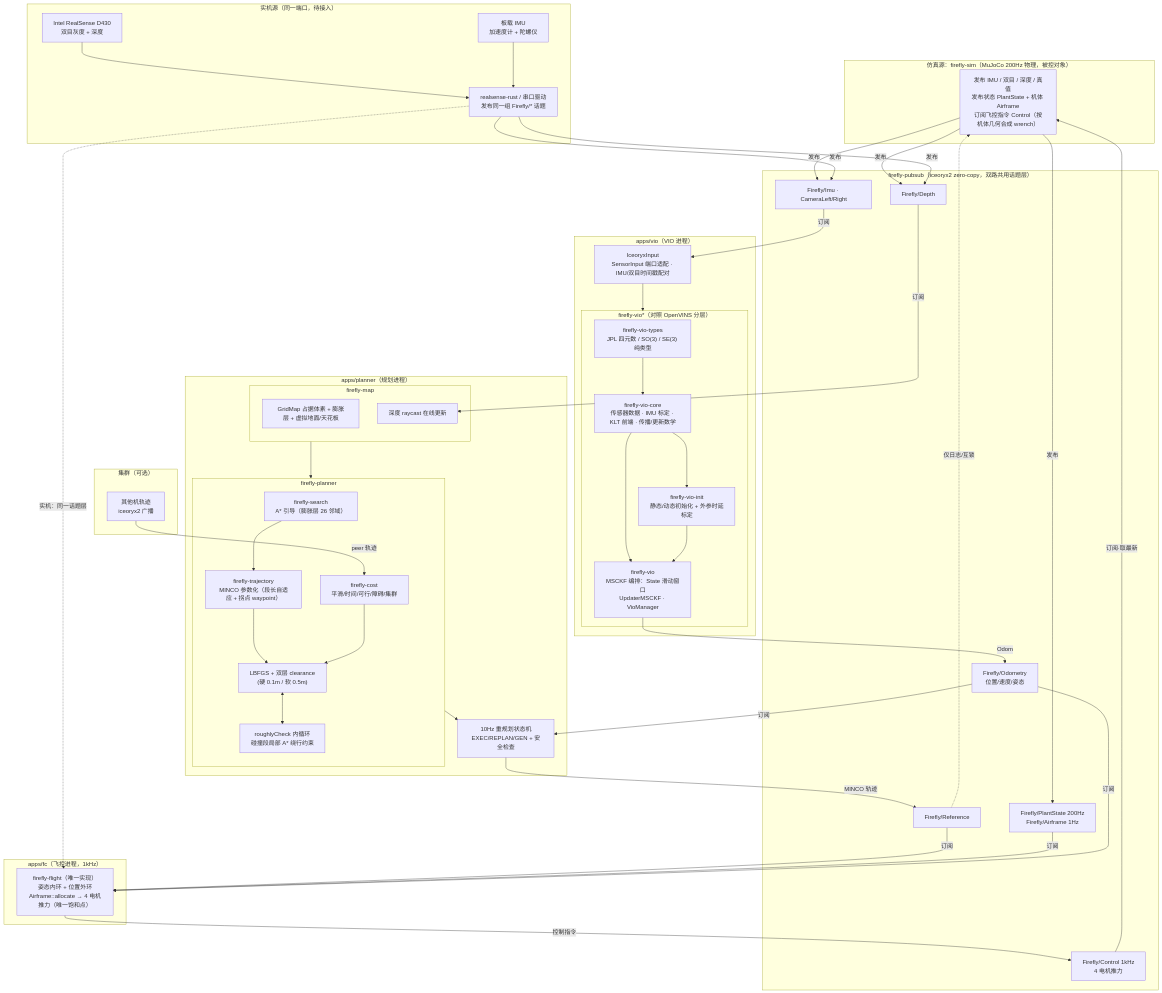
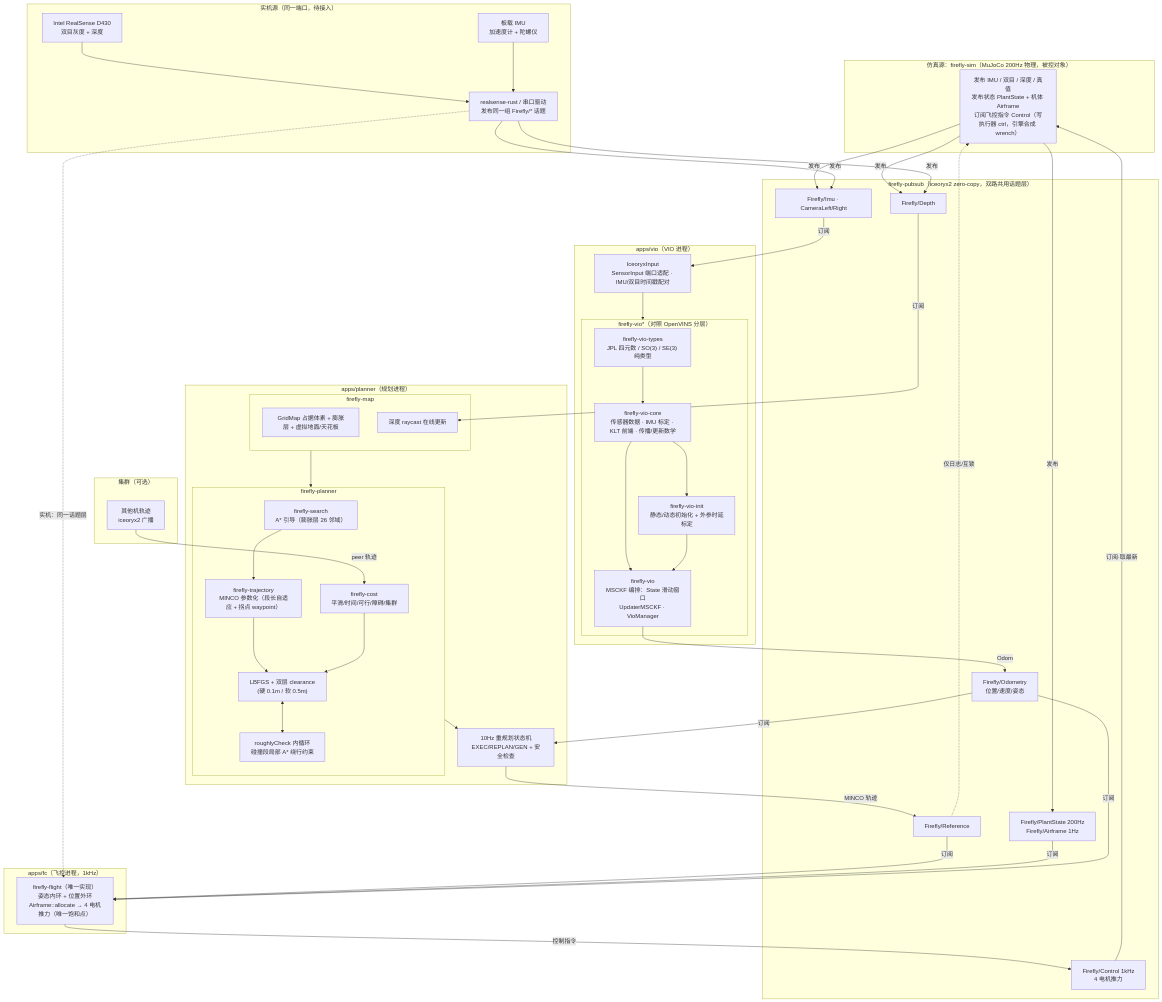
The first of 2 diagrams in docs/architecture.md (3SE-Competitive-Robotics-Team/firefly), drawn with Mermaid before and after one commit. The commit also changed other lines of this file and 5 other files, not shown here.

````diff
--- a/docs/architecture.md
+++ b/docs/architecture.md
@@ -3,7 +3,7 @@
 ```mermaid
 flowchart TD
     subgraph SIM_SRC["仿真源：firefly-sim（MuJoCo 200Hz 物理，被控对象）"]
-        SIMP["发布 IMU / 双目 / 深度 / 真值<br/>发布状态 PlantState + 机体 Airframe<br/>订阅飞控指令 Control（按机体几何合成 wrench）"]
+        SIMP["发布 IMU / 双目 / 深度 / 真值<br/>发布状态 PlantState + 机体 Airframe<br/>订阅飞控指令 Control（写执行器 ctrl，引擎合成 wrench）"]
     end
 
     subgraph FC_APP["apps/fc（飞控进程，1kHz）"]
````
